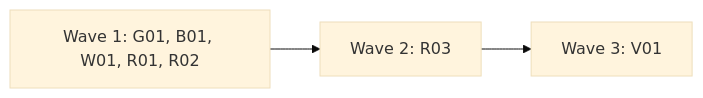
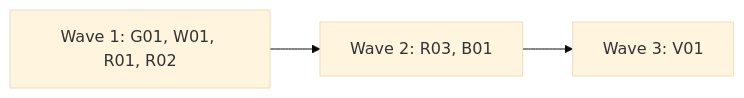
The diagram in docs/plan-0.6.0.md (alfhen/agent-pr-pipeline), drawn with Mermaid (base theme) before and after one commit. The commit also changed other lines of this file, not shown here.

Commit message:
Plan 0.6.0 round 2: call shapes, quick land fixes, B01 wave, bad records, land conflicts, git allow-list, fresh clone, osascript args, untrusted result file

````diff
--- a/docs/plan-0.6.0.md
+++ b/docs/plan-0.6.0.md
@@ -151,4 +151,4 @@
 ```mermaid
 flowchart LR
-  W1[Wave 1: G01, B01, W01, R01, R02] --> W2[Wave 2: R03] --> W3[Wave 3: V01]
+  W1[Wave 1: G01, W01, R01, R02] --> W2[Wave 2: R03, B01] --> W3[Wave 3: V01]
 ```
````
